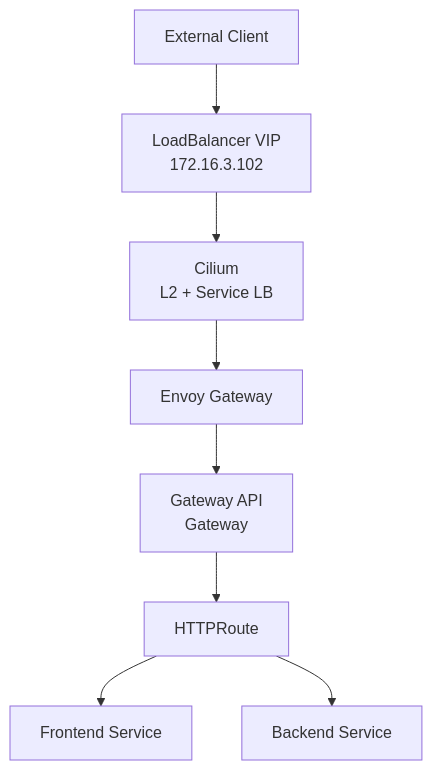
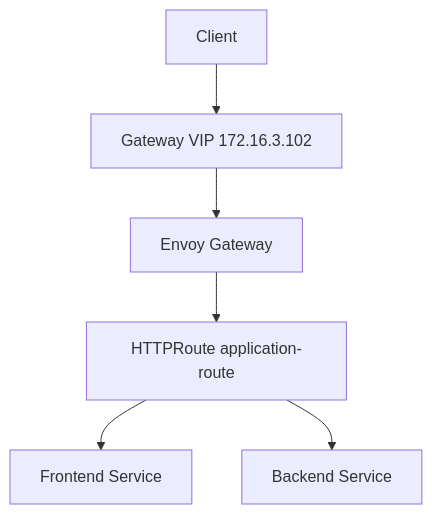
One commit to ahmed-sayed-devops/microservices-platform-gitops changed the first of 11 diagrams in docs/03-gateway-api/README.md. Above: the diagram before and after it, drawn with Mermaid. The commit also changed other lines of this file, not shown here.

Commit message:
docs: improve Gateway API diagrams

````diff
--- a/docs/03-gateway-api/README.md
+++ b/docs/03-gateway-api/README.md
@@ -9,27 +33,15 @@
 ```mermaid
 graph TD
-
-    Client["External Client"]
-
-    VIP["LoadBalancer VIP<br/>172.16.3.102"]
-
-    Cilium["Cilium<br/>L2 + Service LB"]
-
-    Envoy["Envoy Gateway"]
-
-    Gateway["Gateway API<br/>Gateway"]
-
-    Route["HTTPRoute"]
-
-    Frontend["Frontend Service"]
-
-    Backend["Backend Service"]
+    Client[Client]
+    VIP[Gateway VIP 172.16.3.102]
+    Envoy[Envoy Gateway]
+    Route[HTTPRoute application-route]
+    Frontend[Frontend Service]
+    Backend[Backend Service]
 
     Client --> VIP
-    VIP --> Cilium
-    Cilium --> Envoy
-    Envoy --> Gateway
-    Gateway --> Route
+    VIP --> Envoy
+    Envoy --> Route
     Route --> Frontend
     Route --> Backend
 ```
````
